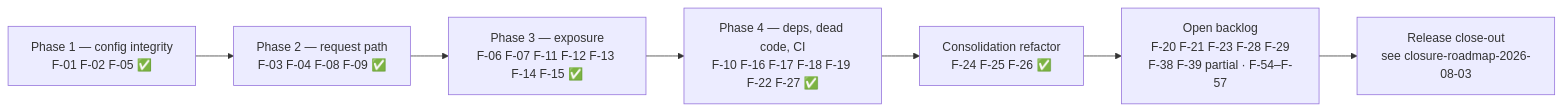
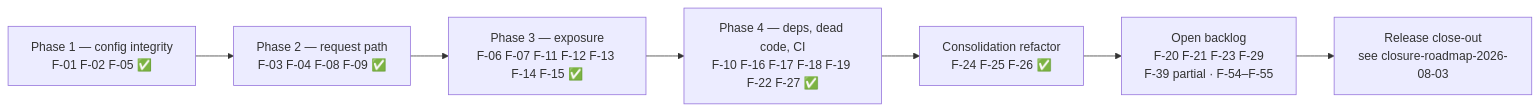
One commit to matthewdcage/llm-swarm-router changed the diagram in docs/architecture/07-findings-register.md. Above: the diagram before and after it, drawn with Mermaid. The commit also changed other lines of this file and 52 other files, not shown here.

````diff
--- a/docs/architecture/07-findings-register.md
+++ b/docs/architecture/07-findings-register.md
@@ -37,9 +38,9 @@
 ```mermaid
 flowchart LR
     W1["Phase 1 — config integrity<br/>F-01 F-02 F-05 ✅"] --> W2["Phase 2 — request path<br/>F-03 F-04 F-08 F-09 ✅"]
     W2 --> W3["Phase 3 — exposure<br/>F-06 F-07 F-11 F-12 F-13 F-14 F-15 ✅"]
     W3 --> W4["Phase 4 — deps, dead code, CI<br/>F-10 F-16 F-17 F-18 F-19 F-22 F-27 ✅"]
     W4 --> W5["Consolidation refactor<br/>F-24 F-25 F-26 ✅"]
-    W5 --> W6["Open backlog<br/>F-20 F-21 F-23 F-28 F-29<br/>F-38 F-39 partial · F-54–F-57"]
+    W5 --> W6["Open backlog<br/>F-20 F-21 F-23 F-29<br/>F-39 partial · F-54–F-55"]
     W6 --> W7["Release close-out<br/>see closure-roadmap-2026-08-03"]
 ```
````
